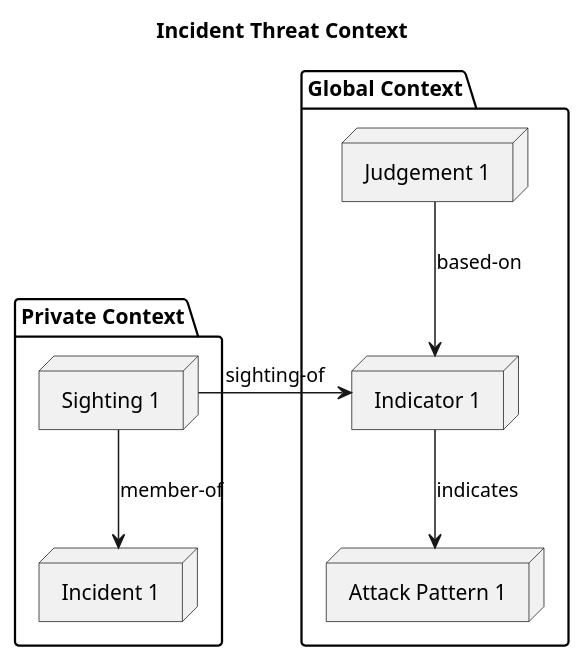
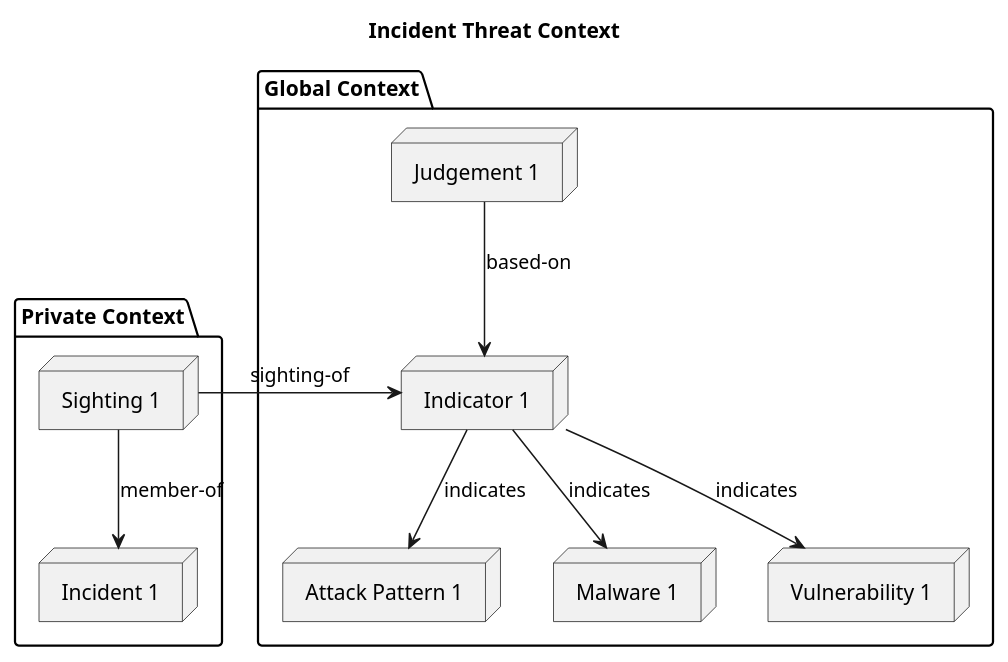
The first of 3 diagrams in doc/tutorials/threat-context/incident-threat-context.org (threatgrid/ctim), drawn with PlantUML before and after one commit. The commit also changed other lines of this file and 2 other files, not shown here.

```diff
--- a/doc/tutorials/threat-context/incident-threat-context.org
+++ b/doc/tutorials/threat-context/incident-threat-context.org
@@ -10,18 +10,22 @@
 #+begin_src plantuml :file threat-context.png :exports results
 title Incident Threat Context
 
 package "Private Context" {
   node "Incident 1" as incident_1
   node "Sighting 1" as sighting_1
 }
 package "Global Context" {
  node "Indicator 1" as indicator_1
  node "Judgement 1" as judgement_1
  node "Attack Pattern 1" as attack_pattern_1
+ node "Malware 1" as malware_1
+ node "Vulnerability 1" as vulnerability_1
 }
 
 sighting_1  --> incident_1       : member-of
 sighting_1  -> indicator_1       : sighting-of
 judgement_1 --> indicator_1      : based-on
 indicator_1 --> attack_pattern_1 : indicates
+indicator_1 --> malware_1 : indicates
+indicator_1 --> vulnerability_1 : indicates
 #+end_src
```
